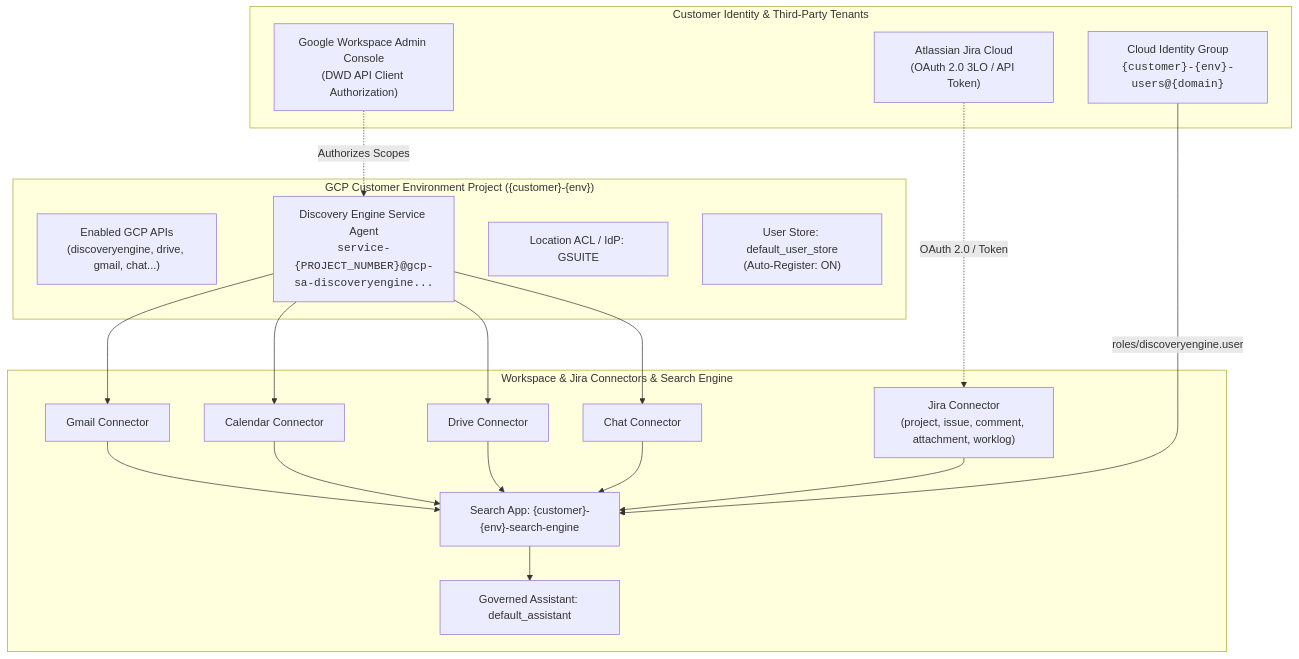
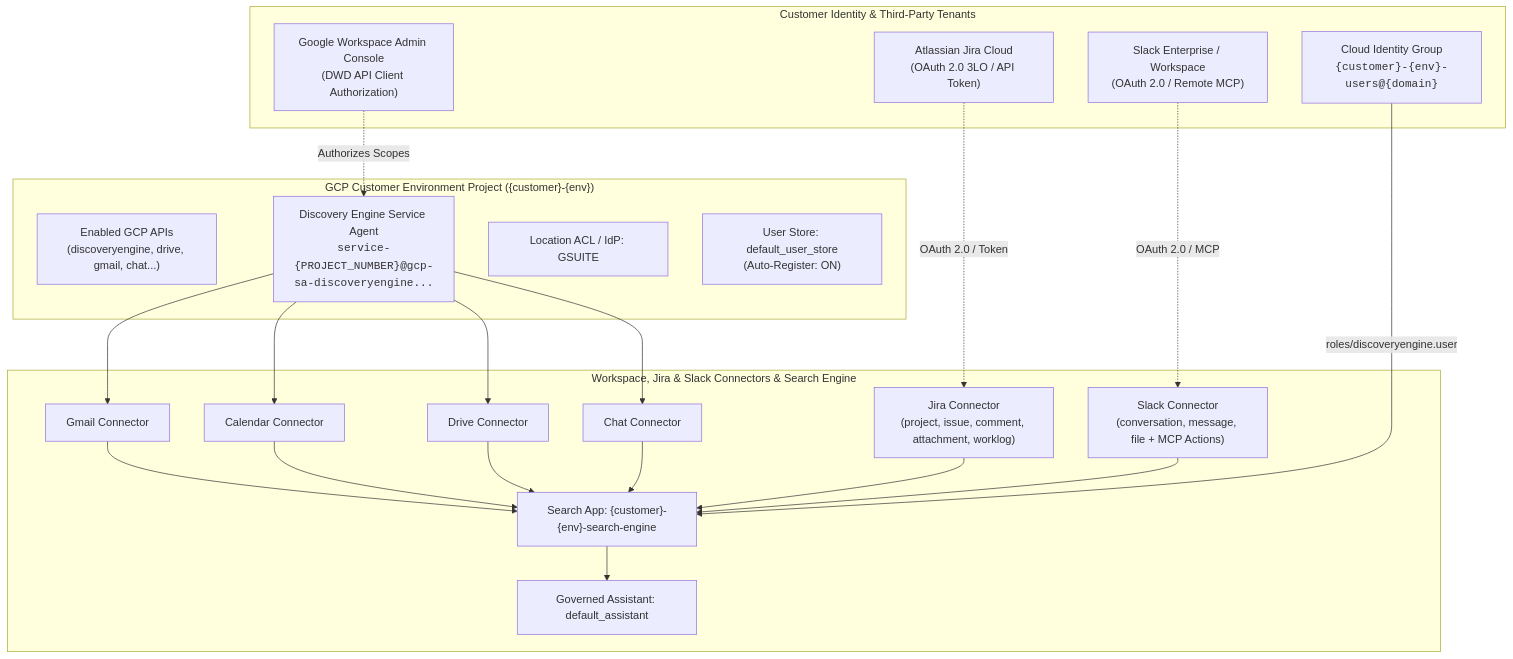
One commit to pedroccorreia/gemini-prism changed the first of 2 diagrams in README.md. Above: the diagram before and after it, drawn with Mermaid. The commit also changed other lines of this file and 11 other files, not shown here.

Commit message:
feat(connector): polish Slack v3 federated MCP connector, tests, and docs

````diff
--- a/README.md
+++ b/README.md
@@ -43,33 +43,37 @@
 ```mermaid
 flowchart TD
   subgraph Customer["Customer Identity & Third-Party Tenants"]
     WSGroup["Cloud Identity Group<br/><code>{customer}-{env}-users@{domain}</code>"]
     WSAdmin["Google Workspace Admin Console<br/>(DWD API Client Authorization)"]
     JiraTenant["Atlassian Jira Cloud<br/>(OAuth 2.0 3LO / API Token)"]
+    SlackTenant["Slack Enterprise / Workspace<br/>(OAuth 2.0 / Remote MCP)"]
   end
 
   subgraph GCPFoundation["GCP Customer Environment Project ({customer}-{env})"]
     PService["Enabled GCP APIs<br/>(discoveryengine, drive, gmail, chat...)"]
     SAgent["Discovery Engine Service Agent<br/><code>service-{PROJECT_NUMBER}@gcp-sa-discoveryengine...</code>"]
     IdP["Location ACL / IdP: GSUITE"]
     UStore["User Store: default_user_store<br/>(Auto-Register: ON)"]
   end
 
-  subgraph ConnectorsAndEngine["Workspace & Jira Connectors & Search Engine"]
+  subgraph ConnectorsAndEngine["Workspace, Jira & Slack Connectors & Search Engine"]
     Conn1["Gmail Connector"]
     Conn2["Calendar Connector"]
     Conn3["Drive Connector"]
     Conn4["Chat Connector"]
     ConnJira["Jira Connector<br/>(project, issue, comment, attachment, worklog)"]
+    ConnSlack["Slack Connector<br/>(conversation, message, file + MCP Actions)"]
     Engine["Search App: {customer}-{env}-search-engine"]
     Assist["Governed Assistant: default_assistant"]
   end
 
   WSAdmin -.->|Authorizes Scopes| SAgent
   JiraTenant -.->|OAuth 2.0 / Token| ConnJira
+  SlackTenant -.->|OAuth 2.0 / MCP| ConnSlack
   SAgent --> Conn1 & Conn2 & Conn3 & Conn4
   Conn1 & Conn2 & Conn3 & Conn4 --> Engine
   ConnJira --> Engine
+  ConnSlack --> Engine
   Engine --> Assist
   WSGroup -->|roles/discoveryengine.user| Engine
 ```
````
